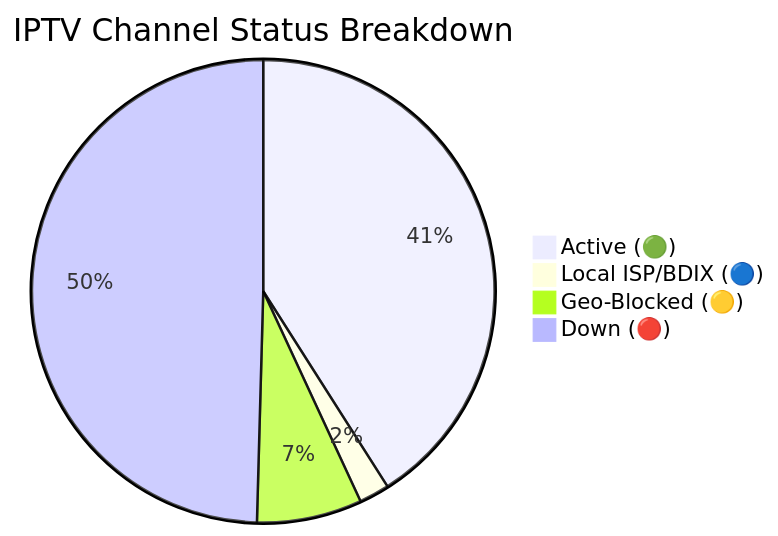
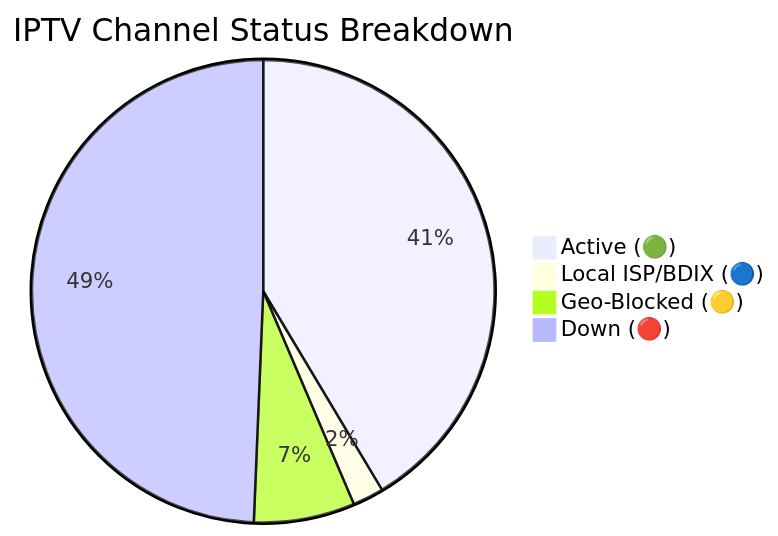
Before and after one commit to andreataylord/Ip-tv-Collection: the diagram in README.md, drawn with Mermaid. The commit also changed other lines of this file and 3 other files, not shown here.

````diff
--- a/README.md
+++ b/README.md
@@ -59,7 +59,7 @@
 ```mermaid
 pie title IPTV Channel Status Breakdown
-    "Active (🟢)" : 2921
-    "Local ISP/BDIX (🔵)" : 151
-    "Geo-Blocked (🟡)" : 523
-    "Down (🔴)" : 3533
+    "Active (🟢)" : 2994
+    "Local ISP/BDIX (🔵)" : 157
+    "Geo-Blocked (🟡)" : 510
+    "Down (🔴)" : 3567
 ```
````
